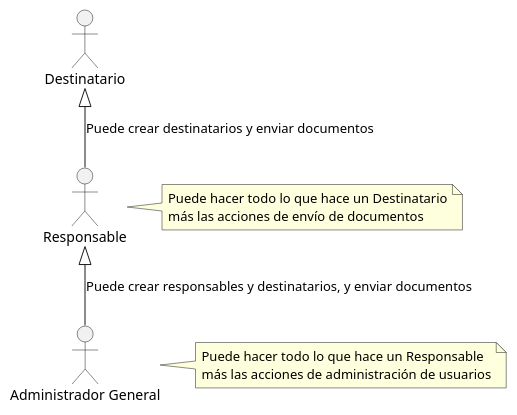
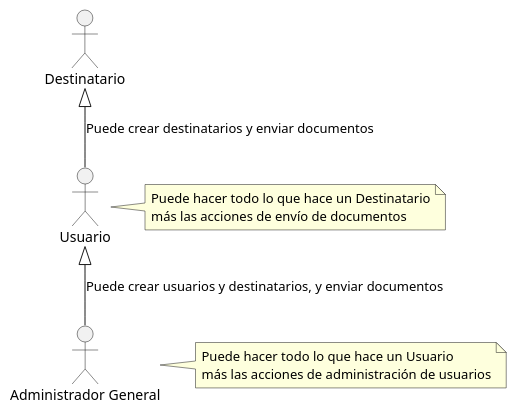
Before and after one commit to mmasias/24-25-IdSw1-SDR: the diagram in docs/casosDeUso/actores/actores.puml, drawn with PlantUML. The commit also changed 2 other files, not shown here.

```diff
--- a/docs/casosDeUso/actores/actores.puml
+++ b/docs/casosDeUso/actores/actores.puml
@@ -1,18 +1,18 @@
 @startuml
 actor "Destinatario" as Destinatario
-actor "Responsable" as Responsable
+actor "Usuario" as Usuario
 actor "Administrador General" as AdminGeneral
 
-Destinatario <|-- Responsable : Puede crear destinatarios y enviar documentos
-Responsable <|-- AdminGeneral : Puede crear responsables y destinatarios, y enviar documentos
+Destinatario <|-- Usuario : Puede crear destinatarios y enviar documentos
+Usuario <|-- AdminGeneral : Puede crear usuarios y destinatarios, y enviar documentos
 
 note right of AdminGeneral
-    Puede hacer todo lo que hace un Responsable
+    Puede hacer todo lo que hace un Usuario
     más las acciones de administración de usuarios
 end note
 
-note right of Responsable
+note right of Usuario
     Puede hacer todo lo que hace un Destinatario
     más las acciones de envío de documentos
 end note
 @enduml
```
